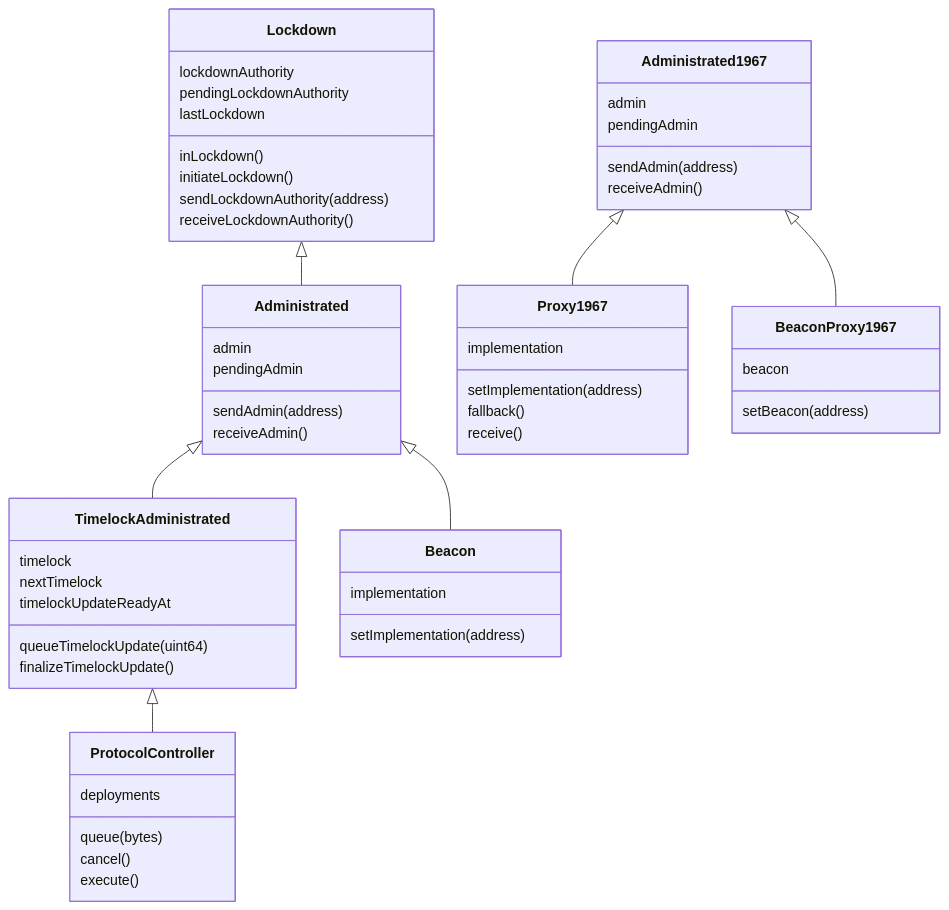
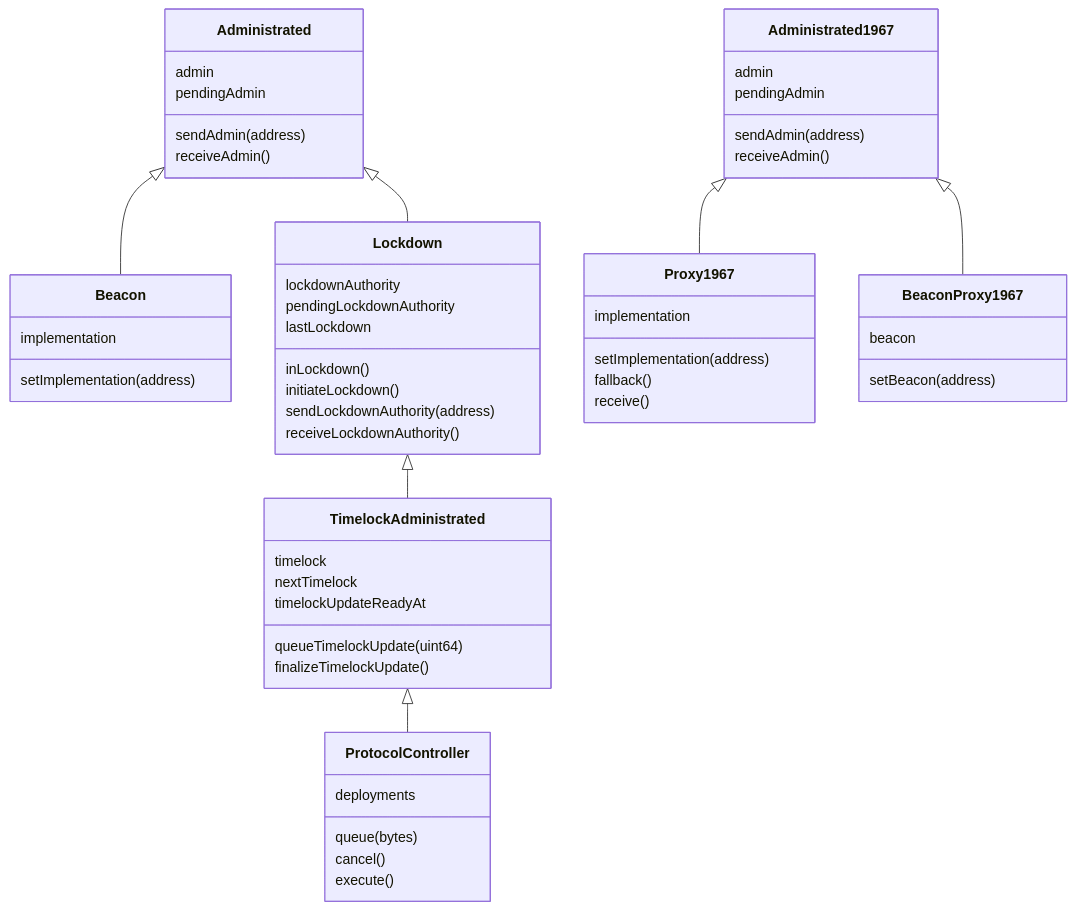
One commit to jtriley2p/protoctl changed the second of 2 diagrams in README.md. Above: the diagram before and after it, drawn with Mermaid. The commit also changed other lines of this file and 2 other files, not shown here.

Commit message:
mv lockdown downstream of admin

````diff
--- a/README.md
+++ b/README.md
@@ -80,70 +69,70 @@
 ```mermaid
 classDiagram
     class Lockdown {
         lockdownAuthority
         pendingLockdownAuthority
         lastLockdown
 
         inLockdown()
         initiateLockdown()
         sendLockdownAuthority(address)
         receiveLockdownAuthority()
     }
 
     class Administrated {
         admin
         pendingAdmin
 
         sendAdmin(address)
         receiveAdmin()
     }
 
     class Administrated1967 {
         admin
         pendingAdmin
 
         sendAdmin(address)
         receiveAdmin()
     }
 
     class TimelockAdministrated {
         timelock
         nextTimelock
         timelockUpdateReadyAt
 
         queueTimelockUpdate(uint64)
         finalizeTimelockUpdate()
     }
 
     class Proxy1967 {
         implementation
         setImplementation(address)
         fallback()
         receive()
     }
 
     class Beacon {
         implementation
         setImplementation(address)
     }
 
     class BeaconProxy1967 {
         beacon
         setBeacon(address)
     }
 
     class ProtocolController {
         deployments
         queue(bytes)
         cancel()
         execute()
     }
 
     Administrated1967 <|-- Proxy1967
     Administrated1967 <|-- BeaconProxy1967
 
-    Lockdown <|-- Administrated
     Administrated <|-- Beacon
-    Administrated <|-- TimelockAdministrated
+    Administrated <|-- Lockdown
+    Lockdown <|-- TimelockAdministrated
     TimelockAdministrated <|-- ProtocolController
 ```
````
